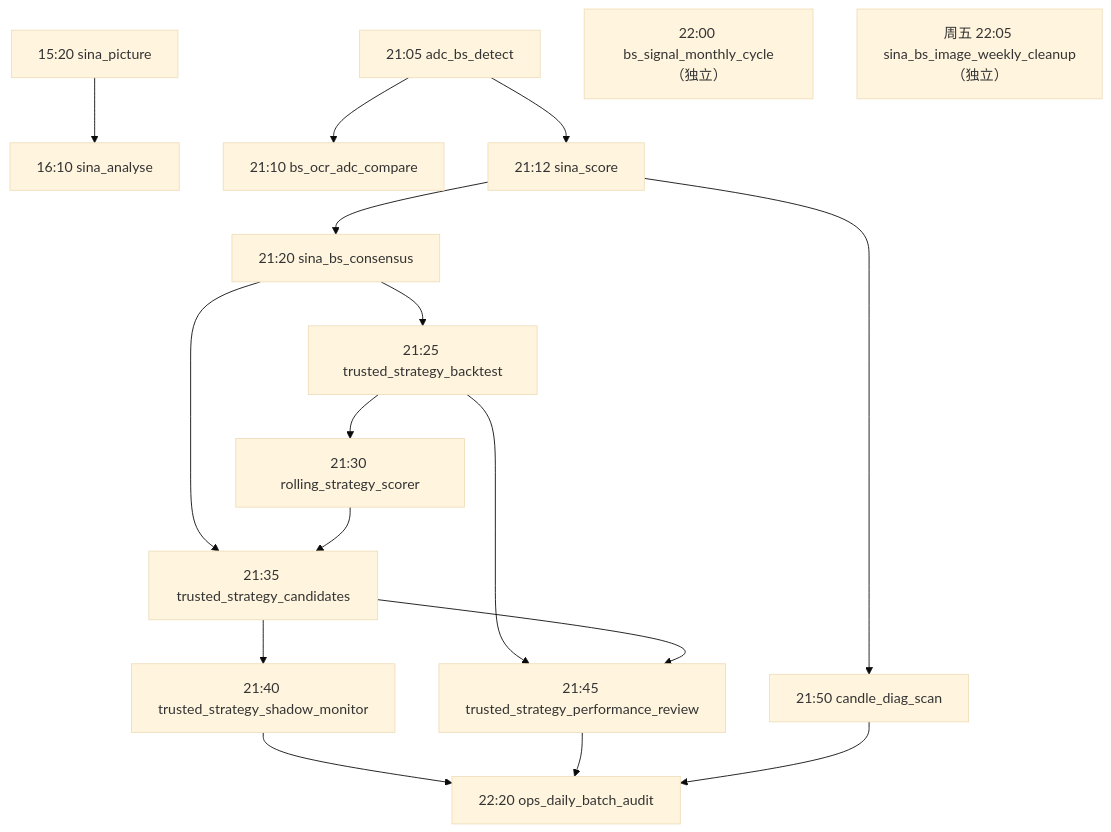
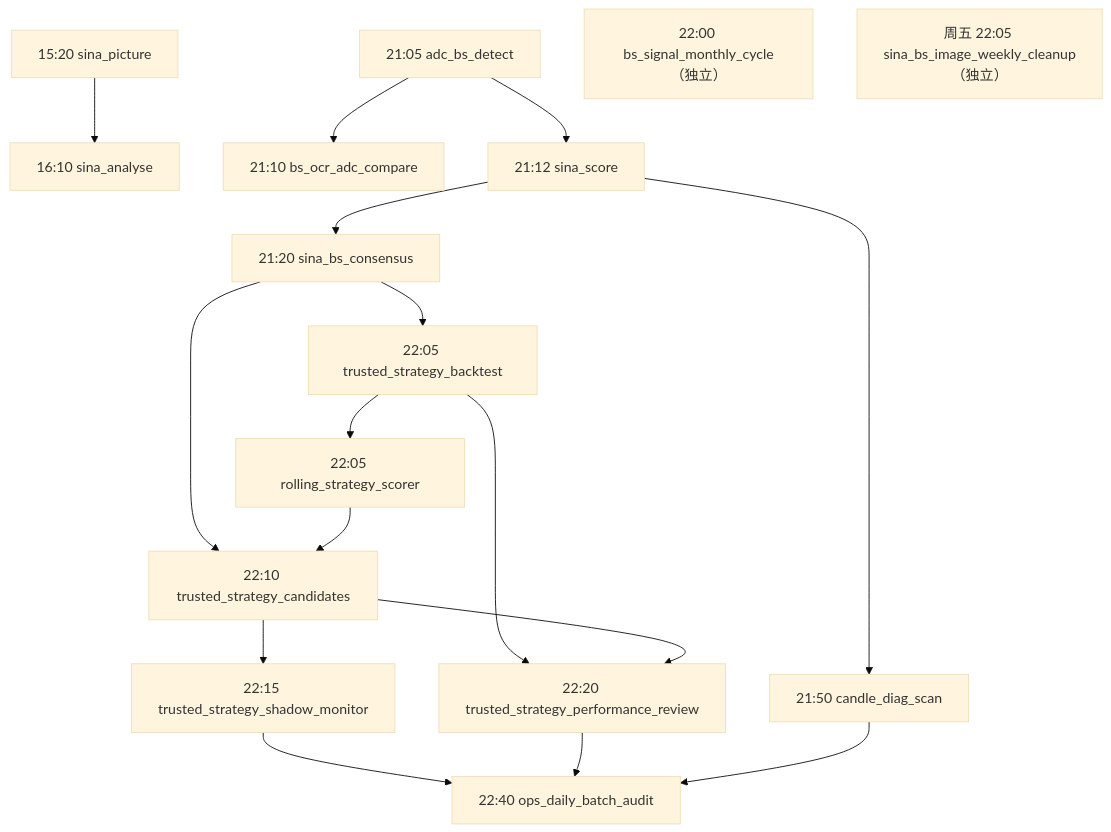
One commit to chenyiyun2087/Chenyiyun2087 changed the diagram in docs/00_project_overview/BATCH_TASK_OPERATIONS.md. Above: the diagram before and after it, drawn with Mermaid (base theme). The commit also changed other lines of this file and 5 other files, not shown here.

````diff
--- a/docs/00_project_overview/BATCH_TASK_OPERATIONS.md
+++ b/docs/00_project_overview/BATCH_TASK_OPERATIONS.md
@@ -47,22 +47,22 @@
 ```mermaid
 flowchart TD
     P["15:20 sina_picture"] --> A["16:10 sina_analyse"]
 
     D["21:05 adc_bs_detect"] --> X["21:10 bs_ocr_adc_compare"]
     D --> S["21:12 sina_score"]
     S --> C["21:20 sina_bs_consensus"]
-    C --> B["21:25 trusted_strategy_backtest"]
-    B --> R["21:30 rolling_strategy_scorer"]
-    C --> T["21:35 trusted_strategy_candidates"]
+    C --> B["22:05 trusted_strategy_backtest"]
+    B --> R["22:05 rolling_strategy_scorer"]
+    C --> T["22:10 trusted_strategy_candidates"]
     R --> T
-    T --> M["21:40 trusted_strategy_shadow_monitor"]
-    B --> V["21:45 trusted_strategy_performance_review"]
+    T --> M["22:15 trusted_strategy_shadow_monitor"]
+    B --> V["22:20 trusted_strategy_performance_review"]
     T --> V
     S --> K["21:50 candle_diag_scan"]
-    M --> Q["22:20 ops_daily_batch_audit"]
+    M --> Q["22:40 ops_daily_batch_audit"]
     V --> Q
     K --> Q
 
     Y["22:00 bs_signal_monthly_cycle（独立）"]
     W["周五 22:05 sina_bs_image_weekly_cleanup（独立）"]
 ```
````
